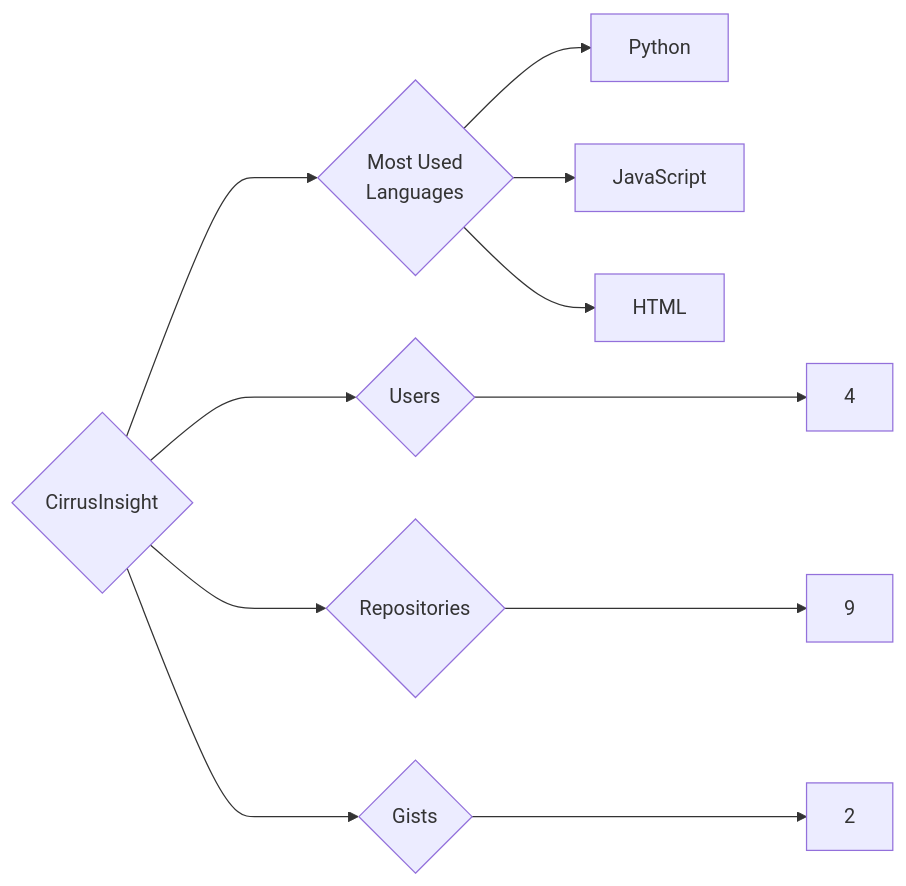
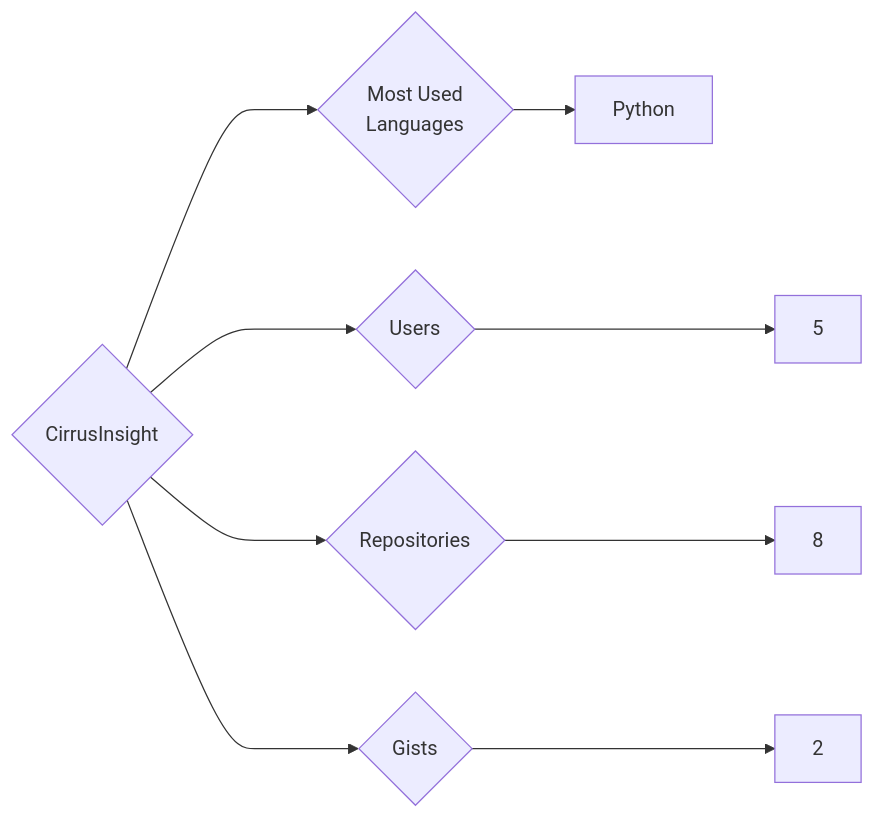
The diagram in targets/CirrusInsight/README.md (trickest/insiders), drawn with Mermaid before and after one commit. The commit also changed 1148 other files, not shown here.

````diff
--- a/targets/CirrusInsight/README.md
+++ b/targets/CirrusInsight/README.md
@@ -3,11 +3,9 @@
 ```mermaid
 graph LR
 COMPANY_NAME{CirrusInsight}
-COMPANY_NAME ---> U{Users} ---> UN[4]
-COMPANY_NAME ---> R{Repositories} ---> RN[9]
+COMPANY_NAME ---> U{Users} ---> UN[5]
+COMPANY_NAME ---> R{Repositories} ---> RN[8]
 COMPANY_NAME ---> G{Gists} ---> GN[2]
 COMPANY_NAME ---> ML{Most Used<br>Languages}
 ML --> Python[Python]
-ML --> JavaScript[JavaScript]
-ML --> HTML[HTML]
 ```
````
